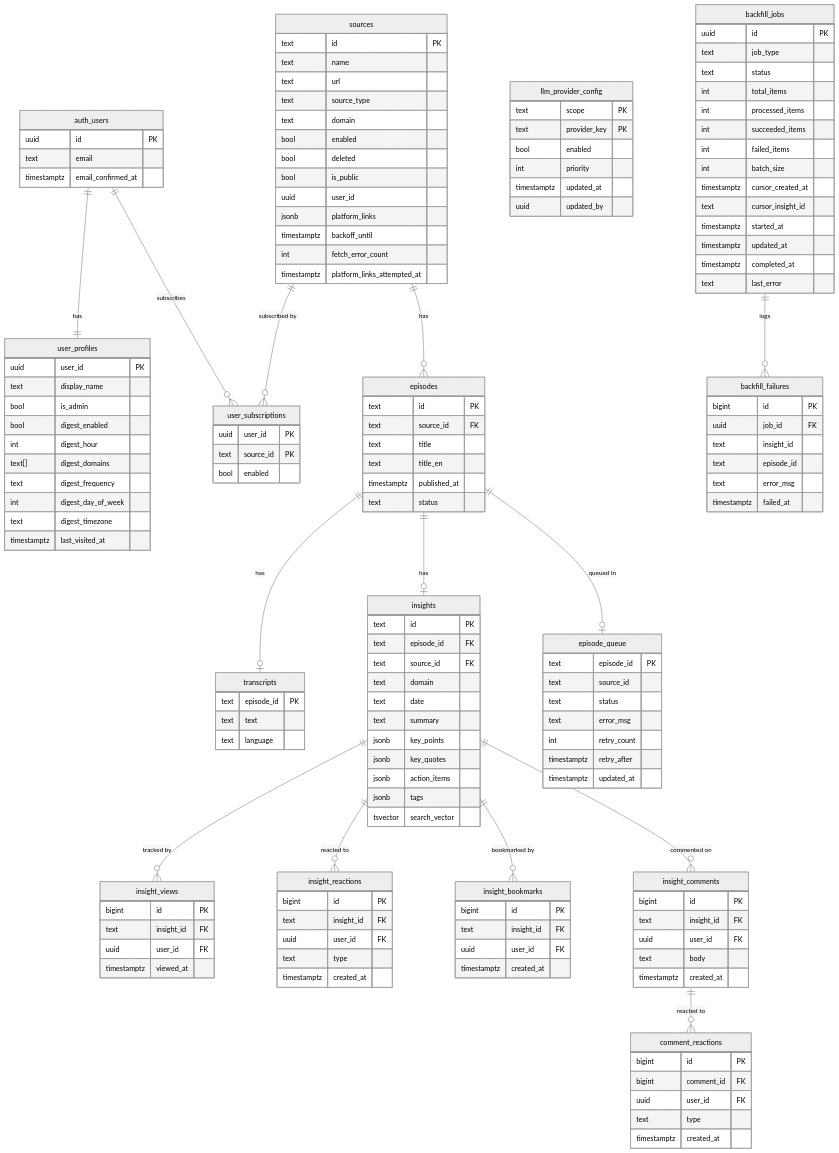
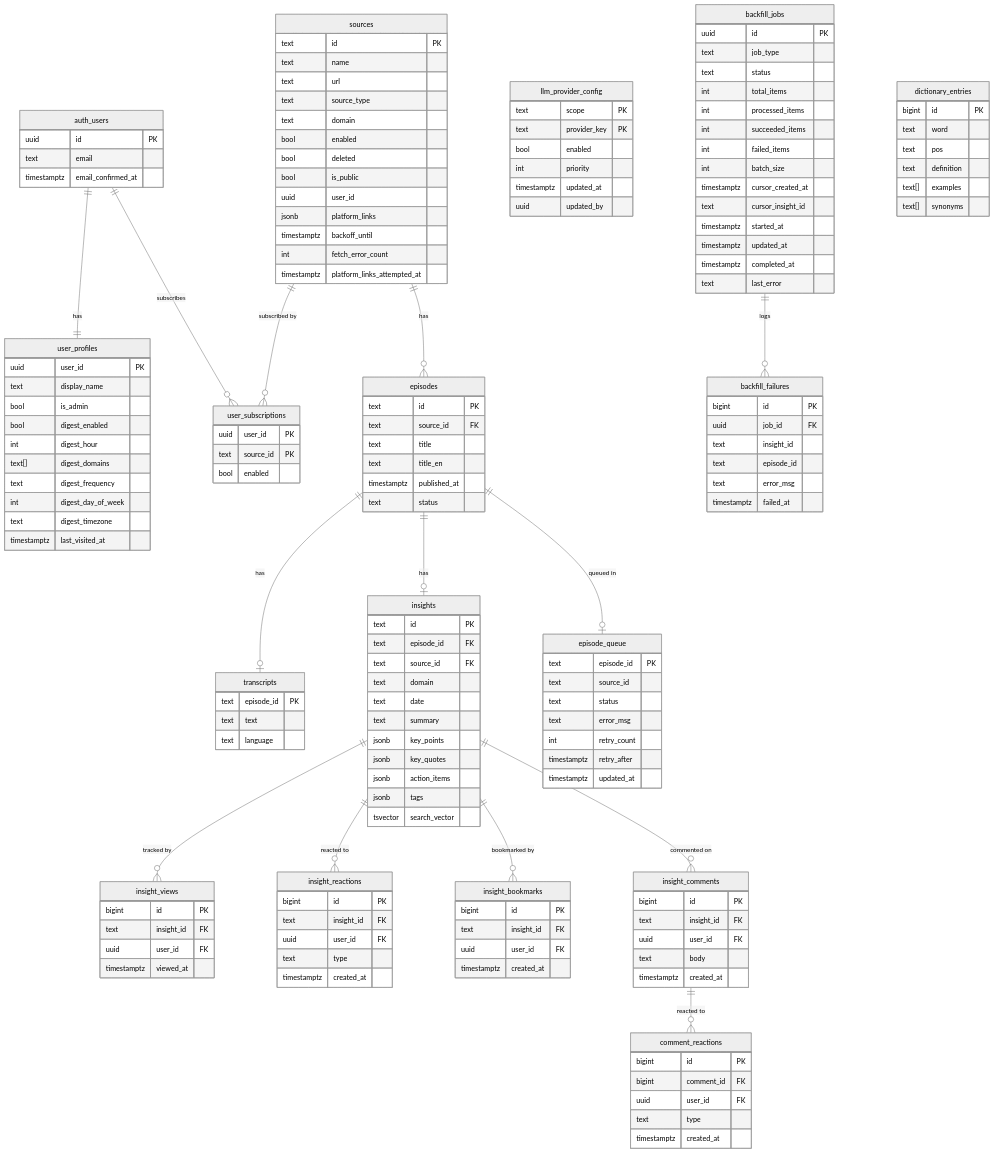
The second of 2 diagrams in docs/architecture.md (vtghub/PodcastsSummarizer), drawn with Mermaid (neutral theme) before and after one commit. The commit also changed other lines of this file and 10 other files, not shown here.

First line of the commit message:
feat: add dictionary word lookup to insight cards

```diff
--- a/docs/architecture.md
+++ b/docs/architecture.md
@@ -373,6 +378,14 @@
         text error_msg
         timestamptz failed_at
     }
+    dictionary_entries {
+        bigint id PK
+        text word
+        text pos
+        text definition
+        text[] examples
+        text[] synonyms
+    }
 
     auth_users ||--|| user_profiles : "has"
     auth_users ||--o{ user_subscriptions : "subscribes"
```
